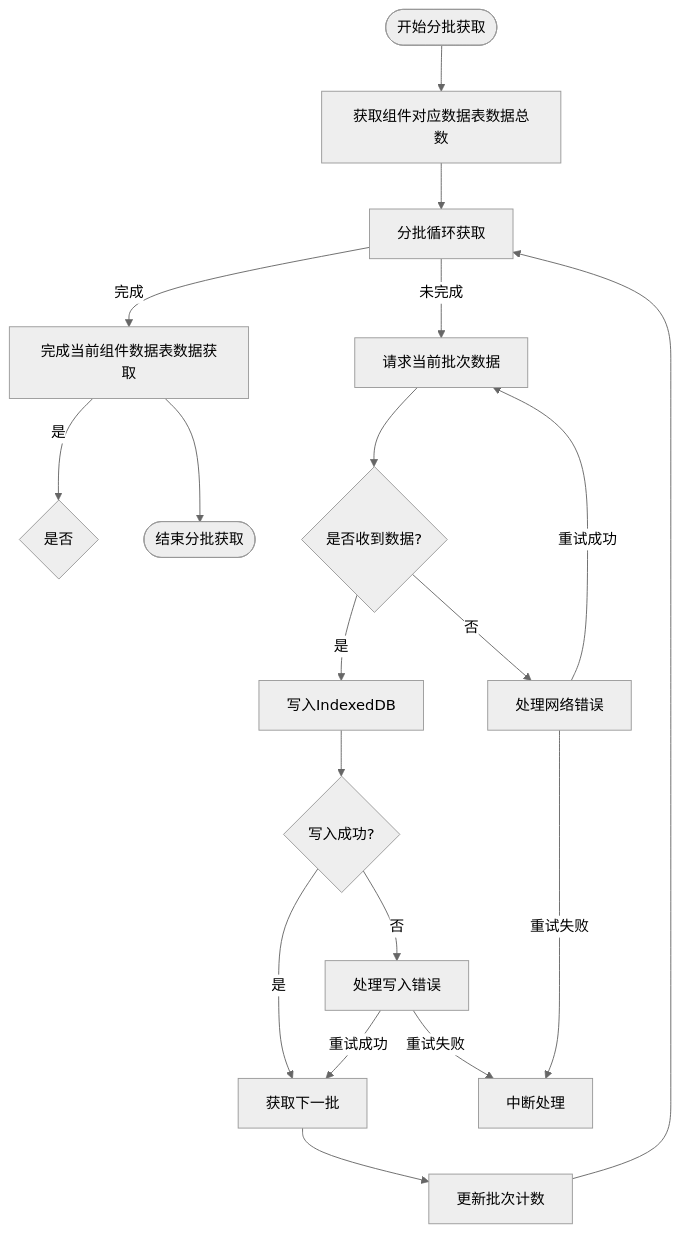
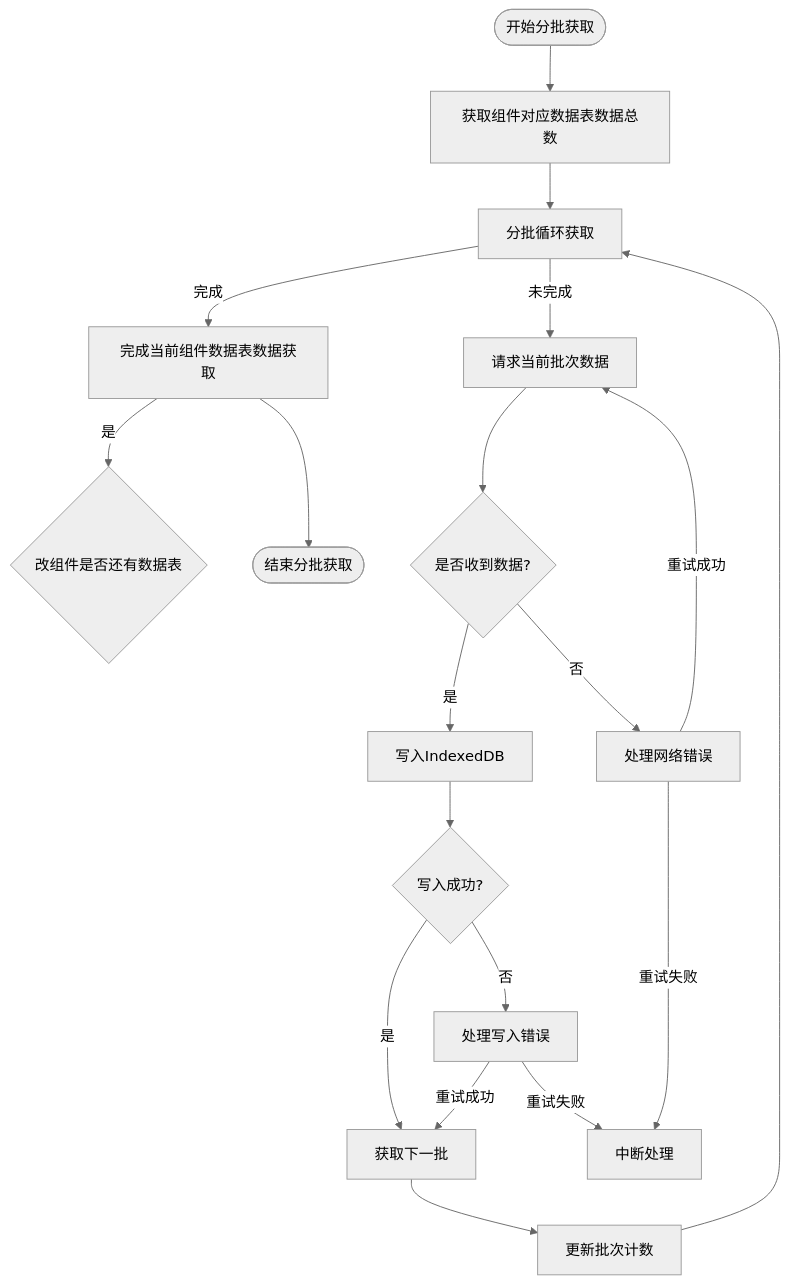
The diagram in all/未命名-56.md (yingjianzh/iodraw-files), drawn with Mermaid (neutral theme) before and after one commit.

Commit message:
2025-05-12 10:25:04 update

````diff
--- a/all/未命名-56.md
+++ b/all/未命名-56.md
@@ -1,31 +1,31 @@
 ```mermaid
 
 flowchart TD
     StartBatch([开始分批获取]) --> InitializeBatch[获取组件对应数据表数据总数]
     InitializeBatch --> CheckBatchSize[分批循环获取]
     
     CheckBatchSize -->|完成| BatchComplete[完成当前组件数据表数据获取]
 
-    BatchComplete --> |是| HasNext{是否}
+    BatchComplete --> |是| HasNext{改组件是否还有数据表}
     
     CheckBatchSize -->|未完成| RequestBatch[请求当前批次数据]
     RequestBatch --> ReceiveBatch{是否收到数据?}
     
     ReceiveBatch -->|是| WriteToDB[写入IndexedDB]
     
     WriteToDB --> BatchSuccess{写入成功?}
     BatchSuccess -->|是| NextBatch[获取下一批]
     BatchSuccess -->|否| HandleError[处理写入错误]
     HandleError -->|重试成功| NextBatch
     HandleError -->|重试失败| AbortProcess[中断处理]
     
     ReceiveBatch -->|否| HandleNetworkError[处理网络错误]
     HandleNetworkError -->|重试成功| RequestBatch
     HandleNetworkError -->|重试失败| AbortProcess
     
     NextBatch --> IncrementBatch[更新批次计数]
     IncrementBatch --> CheckBatchSize
     
     BatchComplete --> EndBatch([结束分批获取])
 
 ```
````
